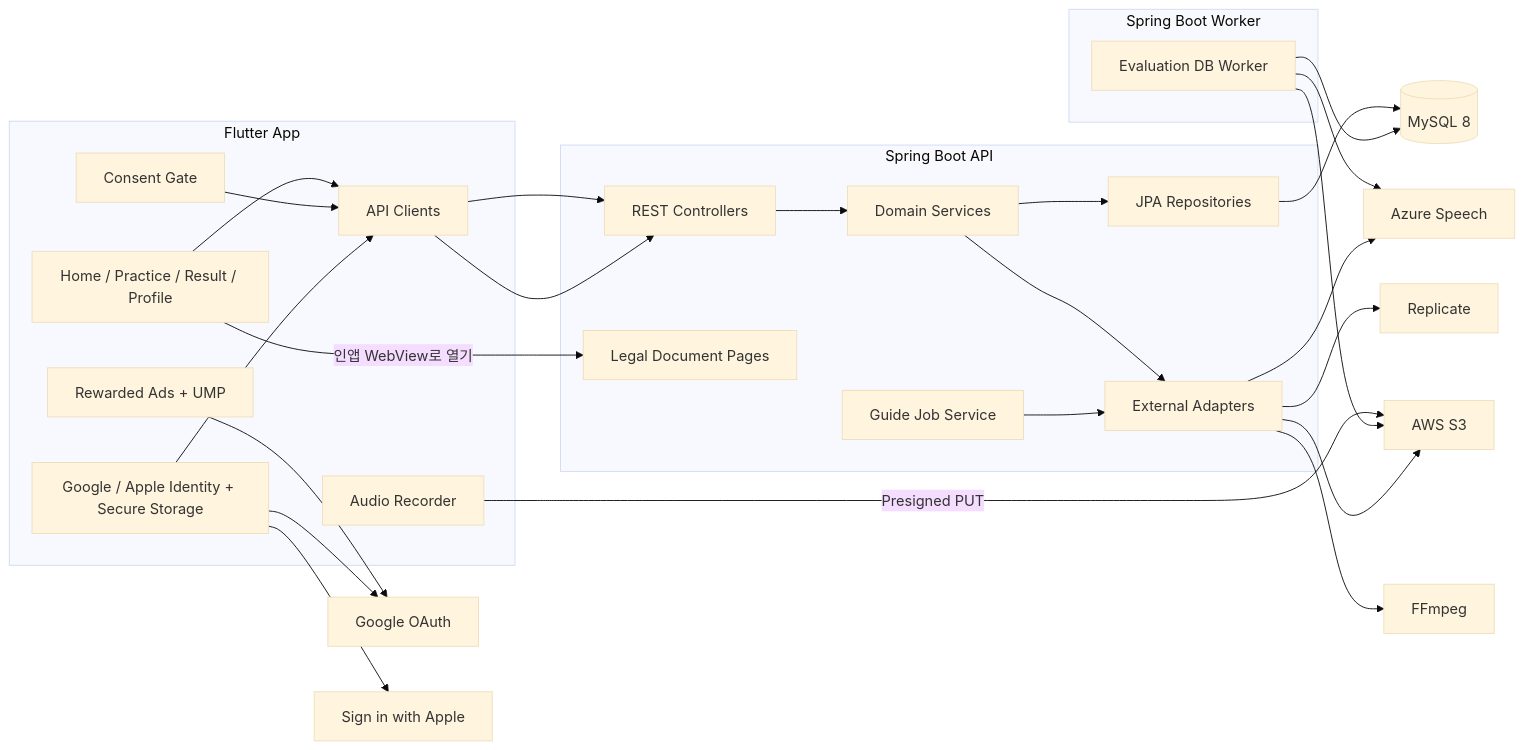
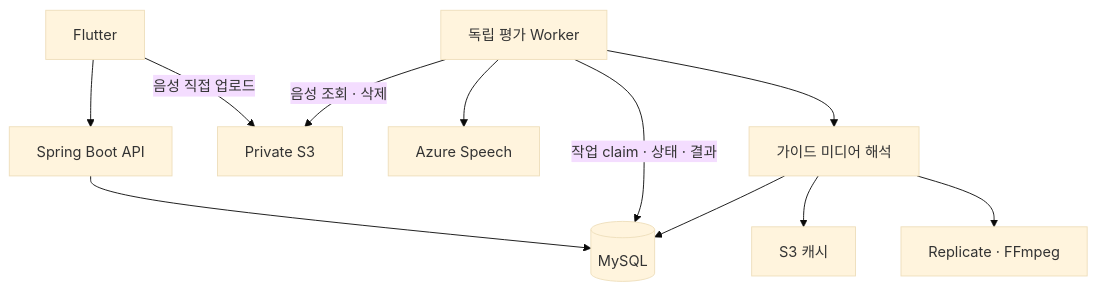
One commit to byeok99/LingKo changed the diagram in docs/architecture/system-architecture.md. Above: the diagram before and after it, drawn with Mermaid (base theme). The commit also changed other lines of this file and 196 other files, not shown here.

````diff
--- a/docs/architecture/system-architecture.md
+++ b/docs/architecture/system-architecture.md
@@ -5,51 +5,13 @@
 ```mermaid
-flowchart LR
-    subgraph Mobile[Flutter App]
-      UI[Home / Practice / Result / Profile]
-      CONSENT[Consent Gate]
-      API[API Clients]
-      AUTH[Google / Apple Identity + Secure Storage]
-      REC[Audio Recorder]
-      ADS[Rewarded Ads + UMP]
-    end
-
-    subgraph APIBackend[Spring Boot API]
-      CTRL[REST Controllers]
-      LEGAL[Legal Document Pages]
-      DOM[Domain Services]
-      JPA[JPA Repositories]
-      JOB[Guide Job Service]
-      EXT[External Adapters]
-    end
-
-    subgraph WorkerBackend[Spring Boot Worker]
-      EJOB[Evaluation DB Worker]
-    end
-
-    DB[(MySQL 8)]
-    GOOGLE[Google OAuth]
-    APPLE[Sign in with Apple]
-    AZURE[Azure Speech]
-    REP[Replicate]
-    S3[AWS S3]
-    FFMPEG[FFmpeg]
-
-    UI --> API --> CTRL --> DOM --> JPA --> DB
-    CONSENT --> API
-    UI -->|인앱 WebView로 열기| LEGAL
-    ADS --> GOOGLE
-    AUTH --> GOOGLE
-    AUTH --> APPLE
-    AUTH --> API
-    REC -->|Presigned PUT| S3
-    API --> CTRL
-    EJOB --> DB
-    EJOB --> S3
-    EJOB --> AZURE
-    DOM --> EXT
-    JOB --> EXT
-    EXT --> AZURE
-    EXT --> REP
-    EXT --> S3
-    EXT --> FFMPEG
+flowchart TD
+    App[Flutter] --> API[Spring Boot API]
+    App -->|음성 직접 업로드| S3[Private S3]
+    API --> DB[(MySQL)]
+    Worker[독립 평가 Worker] -->|작업 claim · 상태 · 결과| DB
+    Worker -->|음성 조회 · 삭제| S3
+    Worker --> Azure[Azure Speech]
+    Worker --> Guide[가이드 미디어 해석]
+    Guide --> DB
+    Guide --> Cache[S3 캐시]
+    Guide --> Generate[Replicate · FFmpeg]
 ```
````
